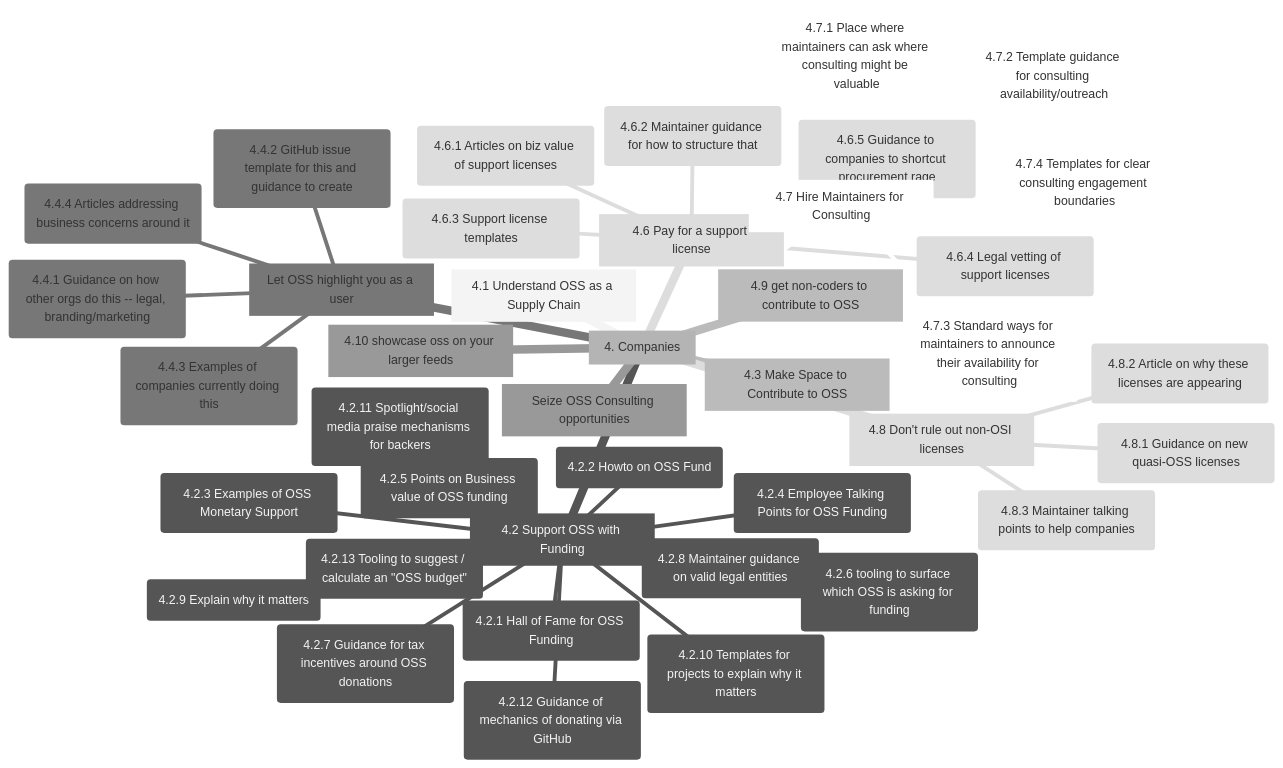
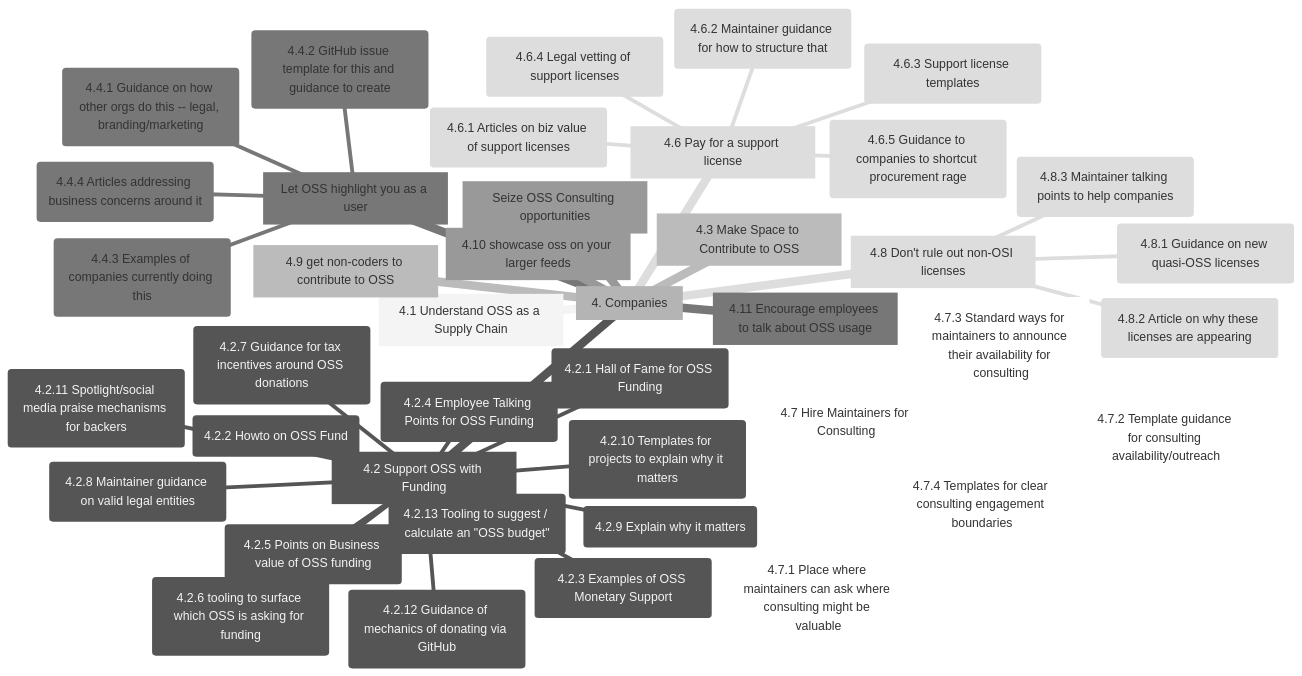
The fourth of 9 diagrams in README.md (AWiderDotNET/home), drawn with Mermaid (neutral theme) before and after one commit. The commit also changed other lines of this file, not shown here.

````diff
--- a/README.md
+++ b/README.md
@@ -118,44 +121,44 @@
 ```mermaid
 mindmap
   4[4. Companies]
     4.1[4.1 Understand OSS as a Supply Chain]
     4.2[4.2 Support OSS with Funding]
       4.2.1(4.2.1 Hall of Fame for OSS Funding)
       4.2.2(4.2.2 Howto on OSS Fund)
       4.2.3(4.2.3 Examples of OSS Monetary Support)
       4.2.4(4.2.4 Employee Talking Points for OSS Funding)
       4.2.5(4.2.5 Points on Business value of OSS funding)
       4.2.6(4.2.6 tooling to surface which OSS is asking for funding)
       4.2.7(4.2.7 Guidance for tax incentives around OSS donations)
       4.2.8(4.2.8 Maintainer guidance on valid legal entities)
       4.2.9(4.2.9 Explain why it matters)
       4.2.10(4.2.10 Templates for projects to explain why it matters)
       4.2.11(4.2.11 Spotlight/social media praise mechanisms for backers)
       4.2.12(4.2.12 Guidance of mechanics of donating via GitHub)
       4.2.13(4.2.13 Tooling to suggest / calculate an "OSS budget")
     4.3[4.3 Make Space to Contribute to OSS]
     4.4[Let OSS highlight you as a user]
       4.4.1(4.4.1 Guidance on how other orgs do this -- legal, branding/marketing)
       4.4.2(4.4.2 GitHub issue template for this and guidance to create)
       4.4.3(4.4.3 Examples of companies currently doing this)
       4.4.4(4.4.4 Articles addressing business concerns around it)
     4.5[Seize OSS Consulting opportunities]
     4.6[4.6 Pay for a support license]
       4.6.1(4.6.1 Articles on biz value of support licenses)
       4.6.2(4.6.2 Maintainer guidance for how to structure that)
       4.6.3(4.6.3 Support license templates)
       4.6.4(4.6.4 Legal vetting of support licenses)
       4.6.5(4.6.5 Guidance to companies to shortcut procurement rage)
     4.7[4.7 Hire Maintainers for Consulting]
       4.7.1(4.7.1 Place where maintainers can ask where consulting might be valuable)
       4.7.2(4.7.2 Template guidance for consulting availability/outreach)
       4.7.3(4.7.3 Standard ways for maintainers to announce their availability for consulting)
       4.7.4(4.7.4 Templates for clear consulting engagement boundaries)
     4.8[4.8 Don't rule out non-OSI licenses]
       4.8.1(4.8.1 Guidance on new quasi-OSS licenses)
       4.8.2(4.8.2 Article on why these licenses are appearing)
       4.8.3(4.8.3 Maintainer talking points to help companies)
     4.9[4.9 get non-coders to contribute to OSS]
     4.10[4.10 showcase oss on your larger feeds]
-
+    4.11[4.11 Encourage employees to talk about OSS usage]
 ```
````
